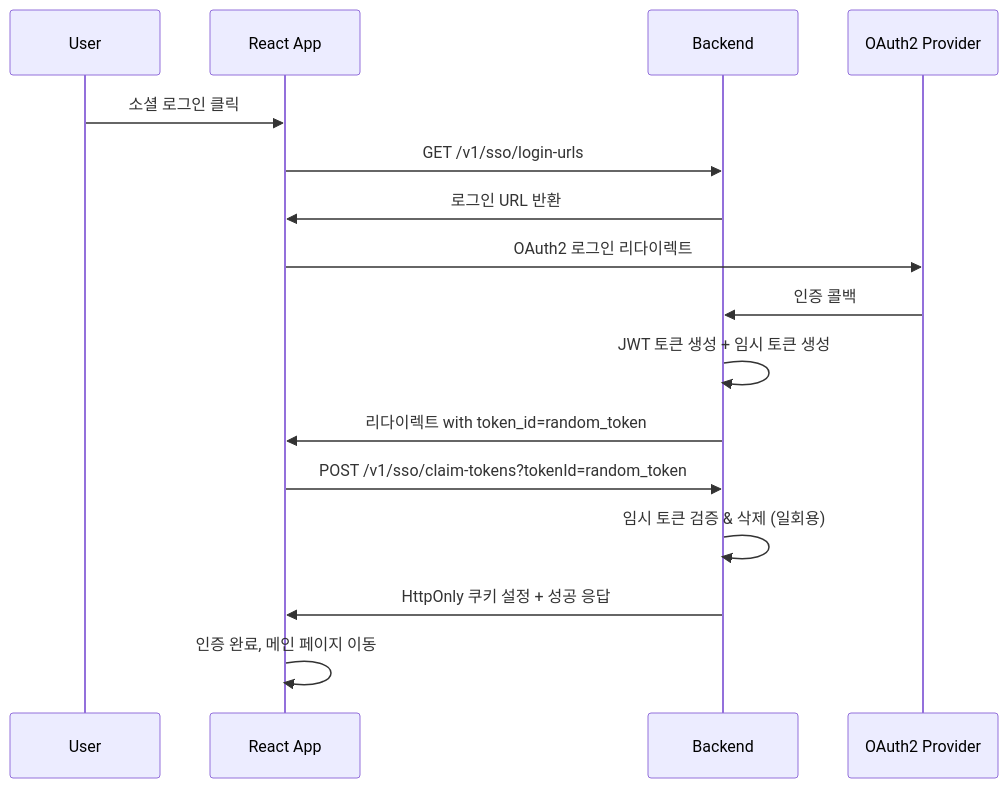
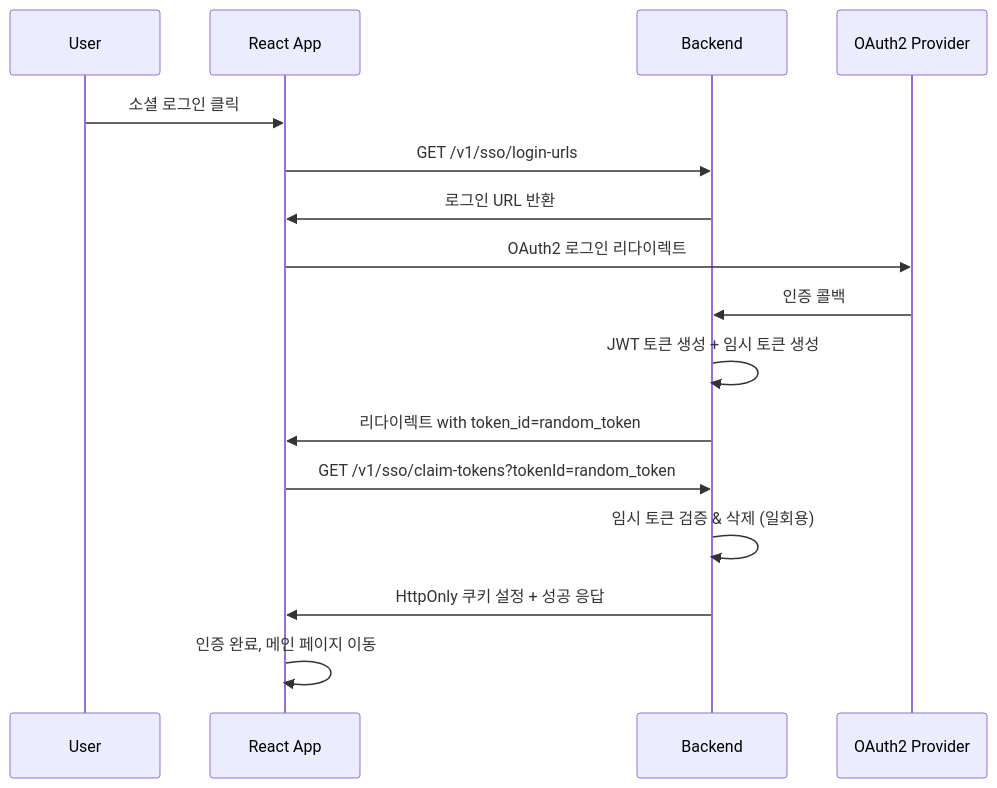
One commit to MacDungE/vibelist-frontend changed the diagram in react_sso_integration_guide_v2.md. Above: the diagram before and after it, drawn with Mermaid. The commit also changed other lines of this file and 12 other files, not shown here.

````diff
--- a/react_sso_integration_guide_v2.md
+++ b/react_sso_integration_guide_v2.md
@@ -22,19 +24,19 @@
 ```mermaid
 sequenceDiagram
     participant U as User
     participant R as React App
     participant B as Backend
     participant O as OAuth2 Provider
 
     U->>R: 소셜 로그인 클릭
     R->>B: GET /v1/sso/login-urls
     B->>R: 로그인 URL 반환
     R->>O: OAuth2 로그인 리다이렉트
     O->>B: 인증 콜백
     B->>B: JWT 토큰 생성 + 임시 토큰 생성
     B->>R: 리다이렉트 with token_id=random_token
-    R->>B: POST /v1/sso/claim-tokens?tokenId=random_token
+         R->>B: GET /v1/sso/claim-tokens?tokenId=random_token
     B->>B: 임시 토큰 검증 & 삭제 (일회용)
     B->>R: HttpOnly 쿠키 설정 + 성공 응답
     R->>R: 인증 완료, 메인 페이지 이동
 ```
````
